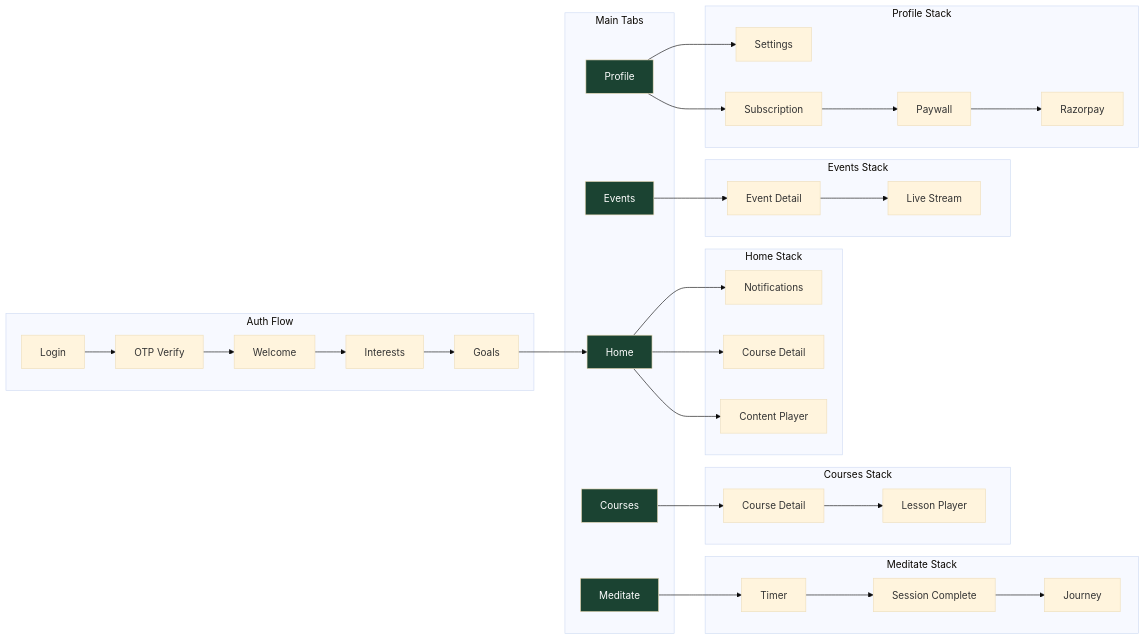
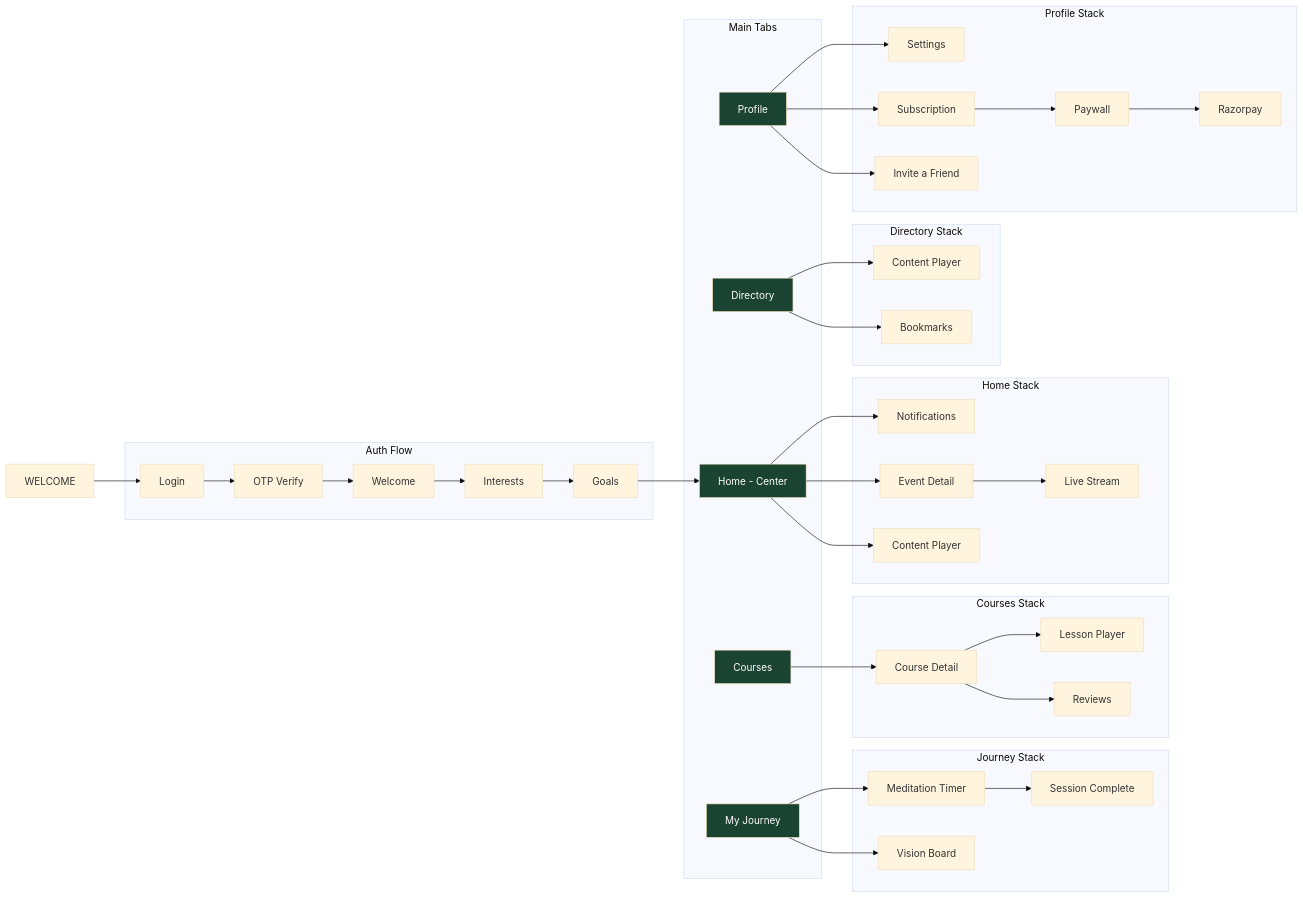
Diagram 17 of 17 in docs/USER_FLOWS.md (RedFire4444/AMMA), drawn with Mermaid (base theme) before and after one commit. The commit also changed other lines of this file and 2 other files, not shown here.

````diff
--- a/docs/USER_FLOWS.md
+++ b/docs/USER_FLOWS.md
@@ -786,55 +810,58 @@
 ```mermaid
 flowchart LR
     subgraph Auth Flow
         LOGIN[Login]
         OTP[OTP Verify]
         ONBOARD1[Welcome]
         ONBOARD2[Interests]
         ONBOARD3[Goals]
     end
 
     subgraph Main Tabs
-        HOME[Home]
+        JOURNEY[My Journey]
         COURSES[Courses]
-        MEDITATE[Meditate]
-        EVENTS[Events]
+        HOME[Home - Center]
+        DIRECTORY[Directory]
         PROFILE[Profile]
     end
 
-    subgraph Home Stack
-        HOME --> H_NOTIF[Notifications]
-        HOME --> H_COURSE[Course Detail]
-        HOME --> H_CONTENT[Content Player]
+    subgraph Journey Stack
+        JOURNEY --> J_TIMER[Meditation Timer]
+        JOURNEY --> J_VISION[Vision Board]
+        J_TIMER --> J_COMPLETE[Session Complete]
     end
 
     subgraph Courses Stack
         COURSES --> C_DETAIL[Course Detail]
         C_DETAIL --> C_LESSON[Lesson Player]
+        C_DETAIL --> C_REVIEWS[Reviews]
     end
 
-    subgraph Meditate Stack
-        MEDITATE --> M_TIMER[Timer]
-        M_TIMER --> M_COMPLETE[Session Complete]
-        M_COMPLETE --> M_JOURNEY[Journey]
+    subgraph Home Stack
+        HOME --> H_NOTIF[Notifications]
+        HOME --> H_EVENT[Event Detail]
+        H_EVENT --> H_STREAM[Live Stream]
+        HOME --> H_CONTENT[Content Player]
     end
 
-    subgraph Events Stack
-        EVENTS --> E_DETAIL[Event Detail]
-        E_DETAIL --> E_STREAM[Live Stream]
+    subgraph Directory Stack
+        DIRECTORY --> D_PLAYER[Content Player]
+        DIRECTORY --> D_BOOKMARKS[Bookmarks]
     end
 
     subgraph Profile Stack
         PROFILE --> P_SETTINGS[Settings]
         PROFILE --> P_SUB[Subscription]
+        PROFILE --> P_INVITE[Invite a Friend]
         P_SUB --> P_PAYWALL[Paywall]
         P_PAYWALL --> P_PAYMENT[Razorpay]
     end
 
-    LOGIN --> OTP --> ONBOARD1 --> ONBOARD2 --> ONBOARD3 --> HOME
+    WELCOME --> LOGIN --> OTP --> ONBOARD1 --> ONBOARD2 --> ONBOARD3 --> HOME
 
     style HOME fill:#1B4332,color:#fff
+    style JOURNEY fill:#1B4332,color:#fff
     style COURSES fill:#1B4332,color:#fff
-    style MEDITATE fill:#1B4332,color:#fff
-    style EVENTS fill:#1B4332,color:#fff
+    style DIRECTORY fill:#1B4332,color:#fff
     style PROFILE fill:#1B4332,color:#fff
 ```
````
